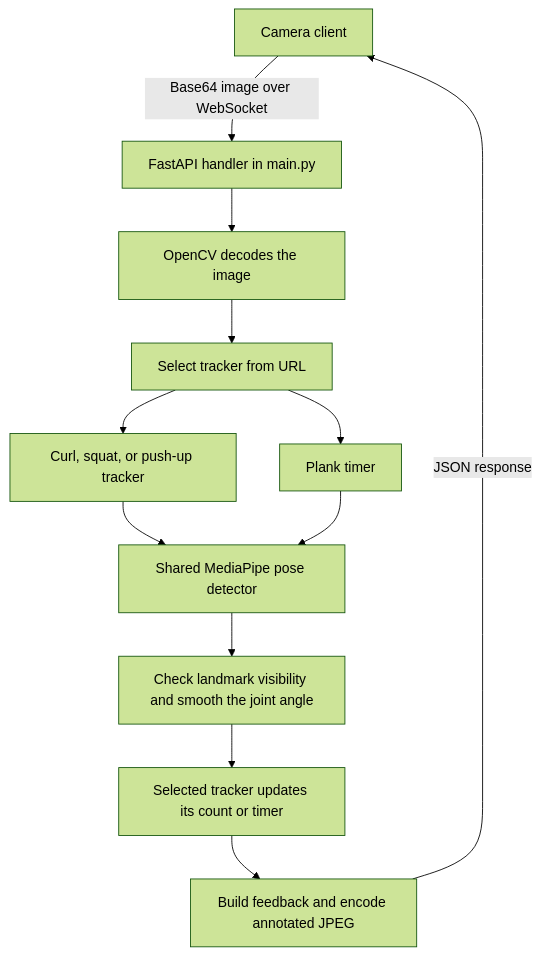
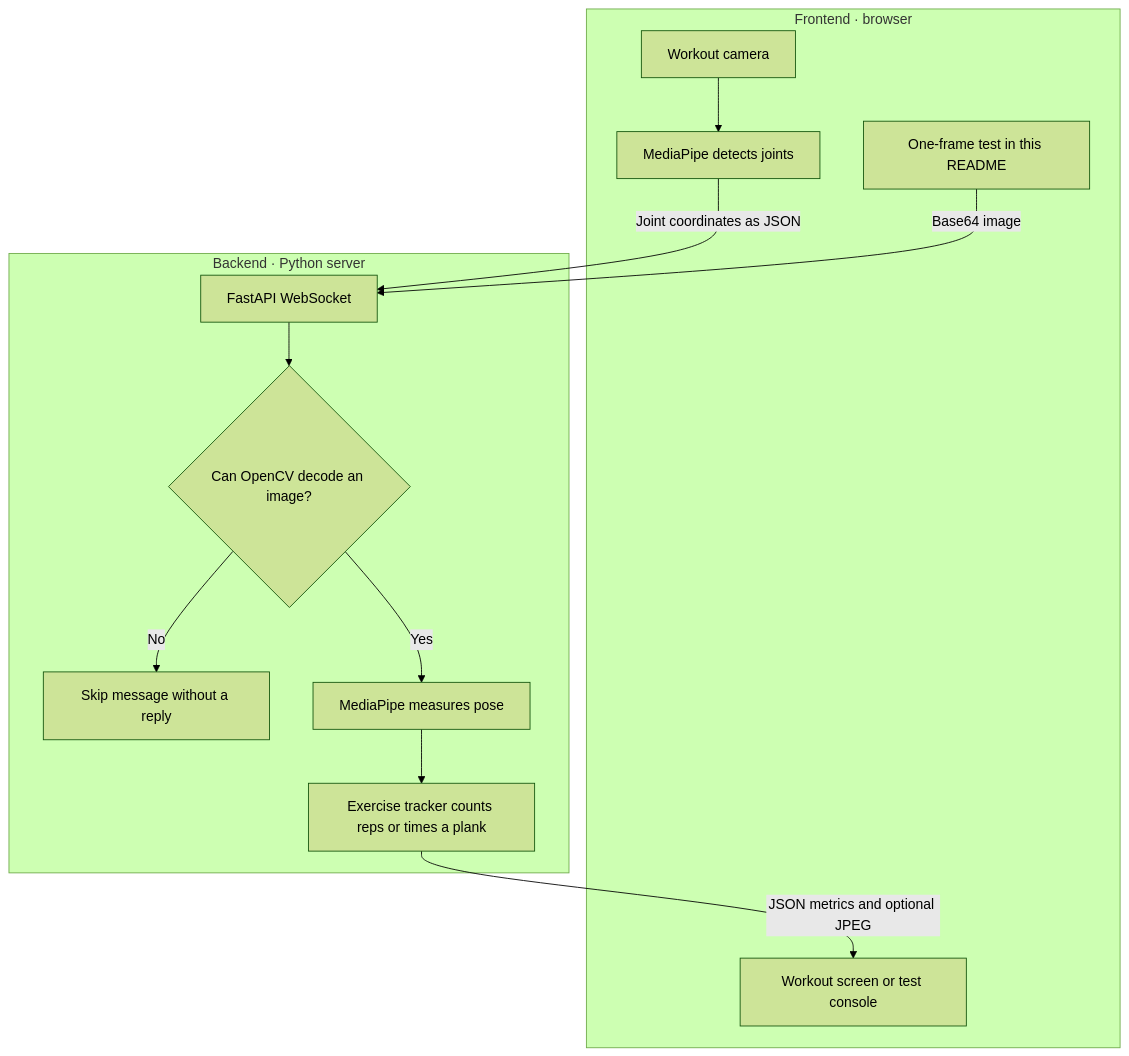
Before and after one commit to Ruthwik000/araise_be: the diagram in README.md, drawn with Mermaid (forest theme). The commit also changed other lines of this file, not shown here.

````diff
--- a/README.md
+++ b/README.md
@@ -9,14 +9,17 @@
 ```mermaid
 flowchart TD
-    Client["Camera client"] -->|Base64 image over WebSocket| API["FastAPI handler in main.py"]
-    API --> Decode["OpenCV decodes the image"]
-    Decode --> Select["Select tracker from URL"]
-    Select --> Reps["Curl, squat, or push-up tracker"]
-    Select --> Hold["Plank timer"]
-    Reps --> Pose["Shared MediaPipe pose detector"]
-    Hold --> Pose
-    Pose --> Measure["Check landmark visibility and smooth the joint angle"]
-    Measure --> Update["Selected tracker updates its count or timer"]
-    Update --> Reply["Build feedback and encode annotated JPEG"]
-    Reply -->|JSON response| Client
+    subgraph Browser["Frontend · browser"]
+        Camera["Workout camera"] --> Landmarks["MediaPipe detects joints"]
+        Test["One-frame test in this README"]
+        Screen["Workout screen or test console"]
+    end
+    subgraph Server["Backend · Python server"]
+        Socket["FastAPI WebSocket"] --> Decode{"Can OpenCV decode an image?"}
+        Decode -->|No| Skip["Skip message without a reply"]
+        Decode -->|Yes| Pose["MediaPipe measures pose"]
+        Pose --> Tracker["Exercise tracker counts reps or times a plank"]
+    end
+    Landmarks -->|Joint coordinates as JSON| Socket
+    Test -->|Base64 image| Socket
+    Tracker -->|JSON metrics and optional JPEG| Screen
 ```
````
